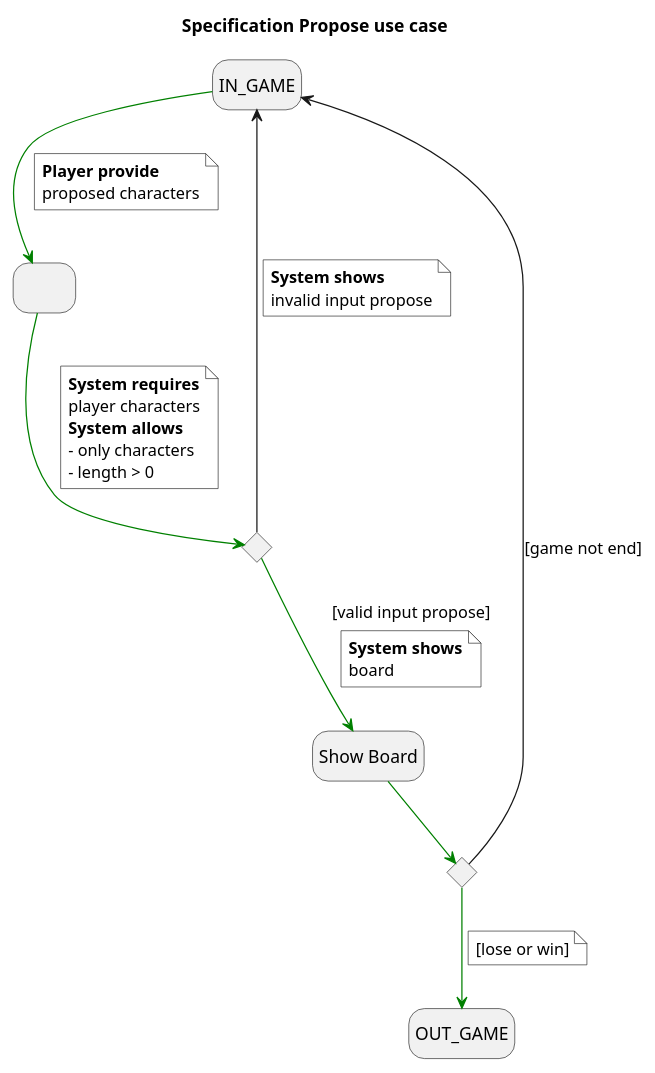
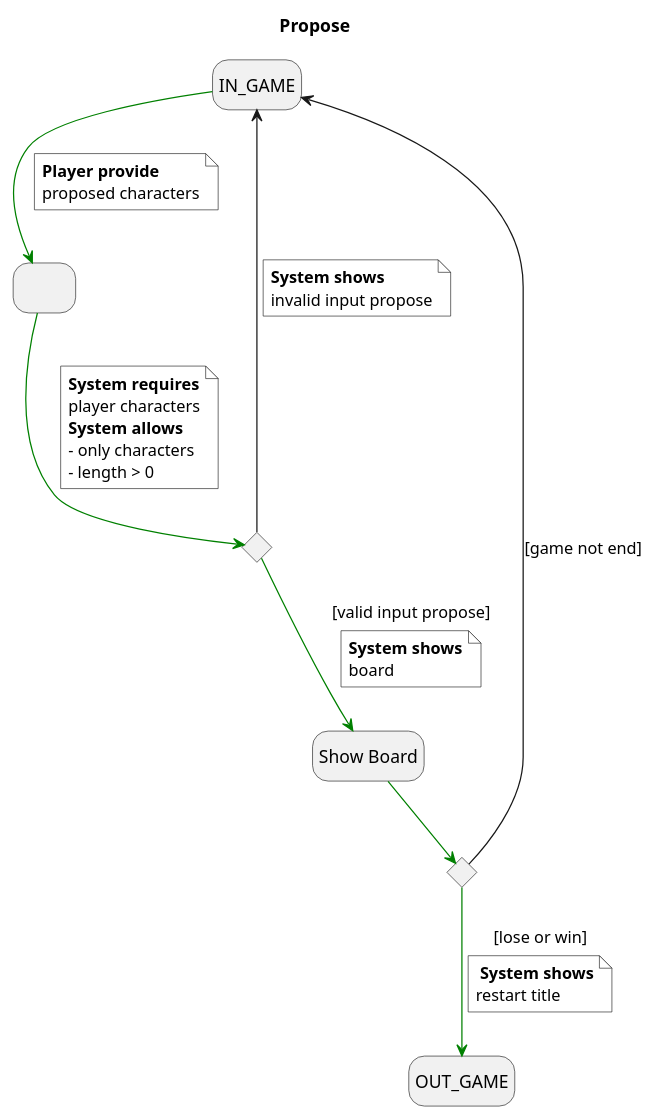
Before and after one commit to jumpering/Hanged: the diagram in requirements/userCase/specificationProposeUseCase.puml, drawn with PlantUML. The commit also changed 3 other files, not shown here.

```diff
--- a/requirements/userCase/specificationProposeUseCase.puml
+++ b/requirements/userCase/specificationProposeUseCase.puml
@@ -1,43 +1,44 @@
 @startuml
-title Specification Propose use case
+title Propose
 skinparam NoteBackgroundColor white
 hide empty description
 state userRequiresCompareWord as " "
 state showBoard as "Show Board"
 state ifValidPropose <<choice>>
 state ifEndGame <<choice>>
 
 IN_GAME -[#green]-> userRequiresCompareWord
 note on link #white
   <b>Player provide
   proposed characters
 end note
 userRequiresCompareWord -[#green]-> ifValidPropose
 note on link #white
   <b>System requires
   player characters
   <b>System allows
   - only characters
   - length > 0
 end note
 ifValidPropose -[#green]-> showBoard : [valid input propose]
 note on link
   <b>System shows
   board
   end note
 ifValidPropose -up-> IN_GAME
 note on link #white
   <b>System shows
  board
 end note
 note on link #white
   <b>System shows
   invalid input propose
 end note
 showBoard -[#green]-> ifEndGame
 ifEndGame -up-> IN_GAME : [game not end]
-ifEndGame -[#green]-> OUT_GAME
+ifEndGame -[#green]-> OUT_GAME : [lose or win]
 note on link #white
-  [lose or win]
+  <b> System shows
+  restart title
 end note
 @enduml
```
